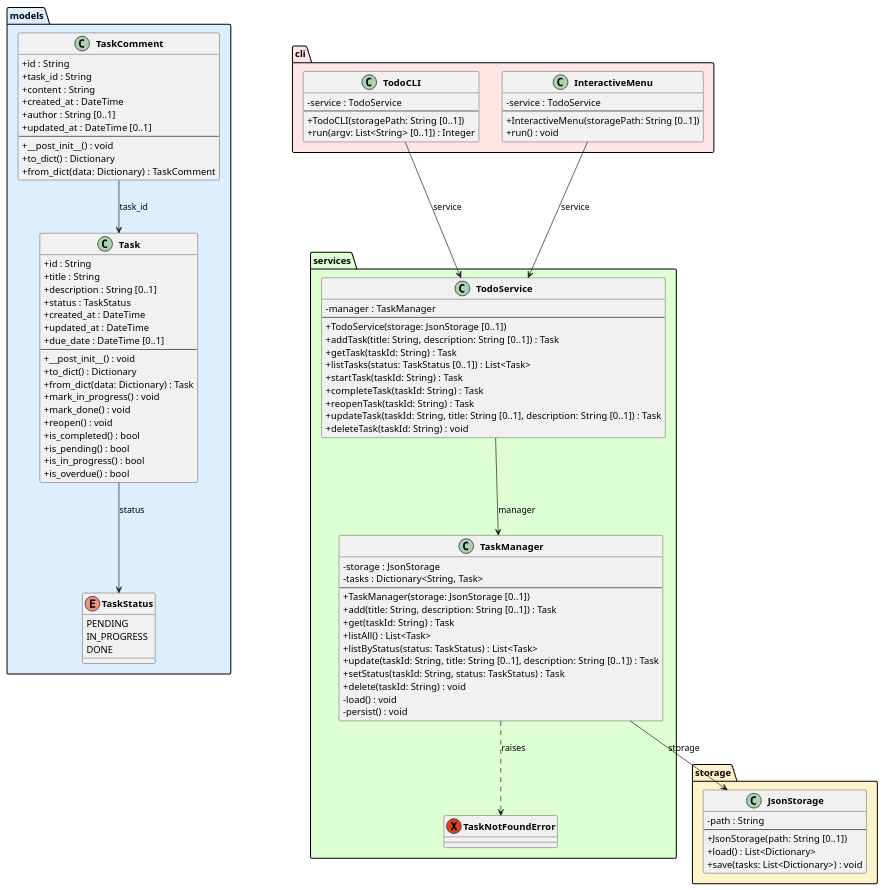
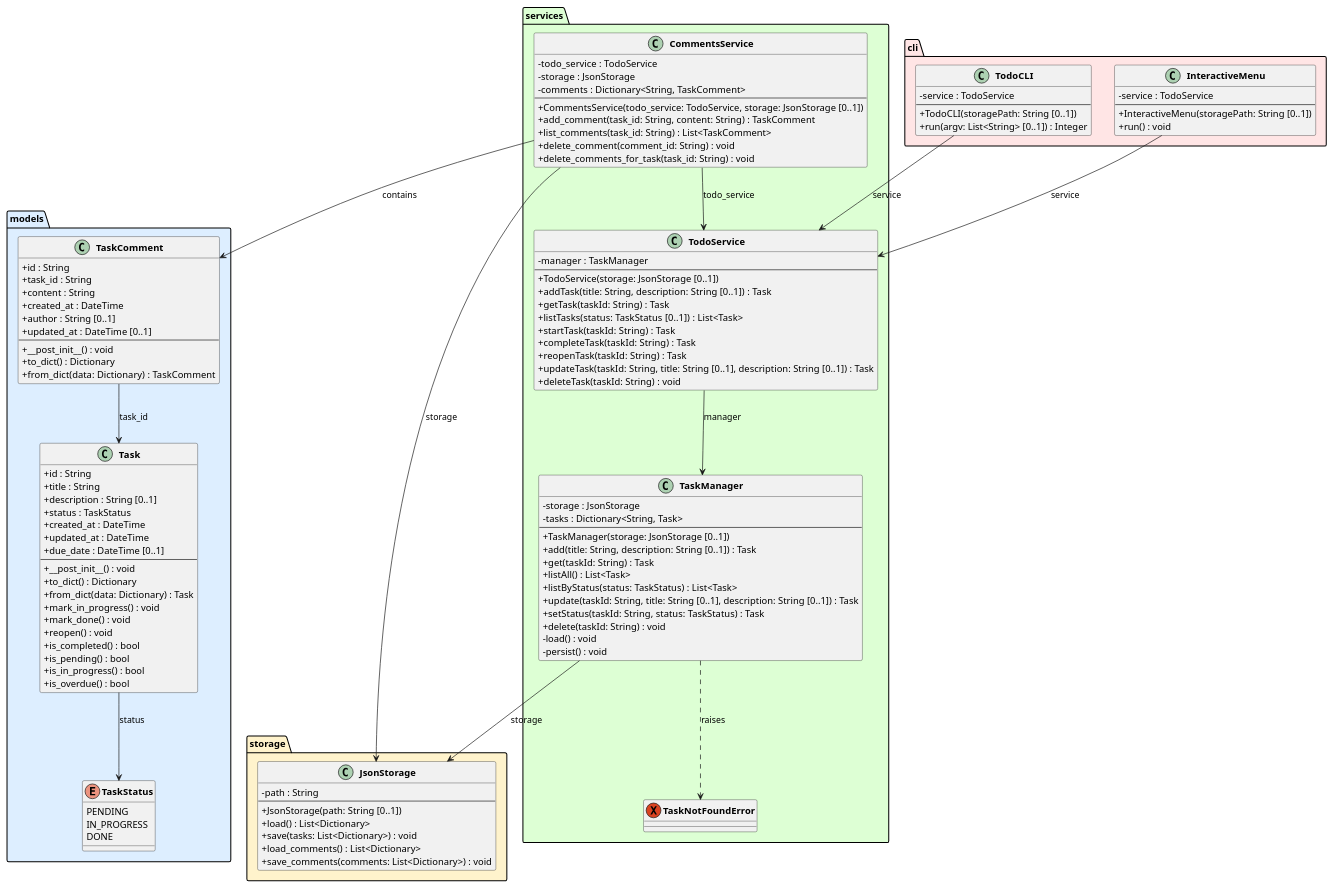
The diagram in experiments/pipeline/test_driven/TODO/artifacts/class_diagram.puml (DanielRiha8906/Software_autoevolution_using_agents), drawn with PlantUML before and after one commit. The commit also changed 6 other files, not shown here.

First line of the commit message:
Task 04 | Implement CommentsService with lifecycle management

```diff
--- a/experiments/pipeline/test_driven/TODO/artifacts/class_diagram.puml
+++ b/experiments/pipeline/test_driven/TODO/artifacts/class_diagram.puml
@@ -1,116 +1,133 @@
 @startuml class_diagram
 
 skinparam classAttributeIconSize 0
 skinparam classFontStyle bold
 
 package "models" #DDEEFF {
     enum TaskStatus {
         PENDING
         IN_PROGRESS
         DONE
     }
 
     class Task {
         +id : String
         +title : String
         +description : String [0..1]
         +status : TaskStatus
         +created_at : DateTime
         +updated_at : DateTime
         +due_date : DateTime [0..1]
         --
         +__post_init__() : void
         +to_dict() : Dictionary
         +from_dict(data: Dictionary) : Task
         +mark_in_progress() : void
         +mark_done() : void
         +reopen() : void
         +is_completed() : bool
         +is_pending() : bool
         +is_in_progress() : bool
         +is_overdue() : bool
     }
 
     class TaskComment {
         +id : String
         +task_id : String
         +content : String
         +created_at : DateTime
         +author : String [0..1]
         +updated_at : DateTime [0..1]
         --
         +__post_init__() : void
         +to_dict() : Dictionary
         +from_dict(data: Dictionary) : TaskComment
     }
 }
 
 package "storage" #FFF3CC {
     class JsonStorage {
         -path : String
         --
         +JsonStorage(path: String [0..1])
         +load() : List<Dictionary>
         +save(tasks: List<Dictionary>) : void
+        +load_comments() : List<Dictionary>
+        +save_comments(comments: List<Dictionary>) : void
     }
 }
 
 package "services" #DDFFD4 {
     exception TaskNotFoundError
 
     class TaskManager {
         -storage : JsonStorage
         -tasks : Dictionary<String, Task>
         --
         +TaskManager(storage: JsonStorage [0..1])
         +add(title: String, description: String [0..1]) : Task
         +get(taskId: String) : Task
         +listAll() : List<Task>
         +listByStatus(status: TaskStatus) : List<Task>
         +update(taskId: String, title: String [0..1], description: String [0..1]) : Task
         +setStatus(taskId: String, status: TaskStatus) : Task
         +delete(taskId: String) : void
         -load() : void
         -persist() : void
     }
 
     class TodoService {
         -manager : TaskManager
         --
         +TodoService(storage: JsonStorage [0..1])
         +addTask(title: String, description: String [0..1]) : Task
         +getTask(taskId: String) : Task
         +listTasks(status: TaskStatus [0..1]) : List<Task>
         +startTask(taskId: String) : Task
         +completeTask(taskId: String) : Task
         +reopenTask(taskId: String) : Task
         +updateTask(taskId: String, title: String [0..1], description: String [0..1]) : Task
         +deleteTask(taskId: String) : void
     }
+
+    class CommentsService {
+        -todo_service : TodoService
+        -storage : JsonStorage
+        -comments : Dictionary<String, TaskComment>
+        --
+        +CommentsService(todo_service: TodoService, storage: JsonStorage [0..1])
+        +add_comment(task_id: String, content: String) : TaskComment
+        +list_comments(task_id: String) : List<TaskComment>
+        +delete_comment(comment_id: String) : void
+        +delete_comments_for_task(task_id: String) : void
+    }
 }
 
 package "cli" #FFE5E5 {
     class TodoCLI {
         -service : TodoService
         --
         +TodoCLI(storagePath: String [0..1])
         +run(argv: List<String> [0..1]) : Integer
     }
 
     class InteractiveMenu {
         -service : TodoService
         --
         +InteractiveMenu(storagePath: String [0..1])
         +run() : void
     }
 }
 
 Task --> TaskStatus : status
 TaskComment --> Task : task_id
 TaskManager --> JsonStorage : storage
 TaskManager ..> TaskNotFoundError : raises
 TodoService --> TaskManager : manager
+CommentsService --> TodoService : todo_service
+CommentsService --> JsonStorage : storage
+CommentsService --> TaskComment : contains
 TodoCLI --> TodoService : service
 InteractiveMenu --> TodoService : service
 
 @enduml
```
